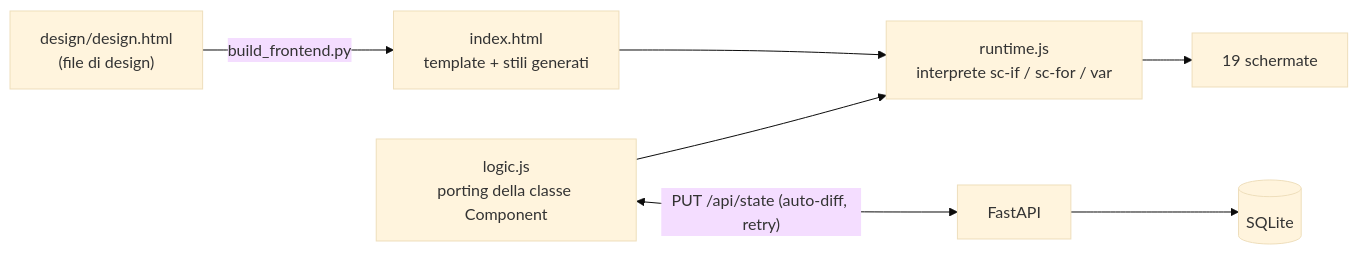
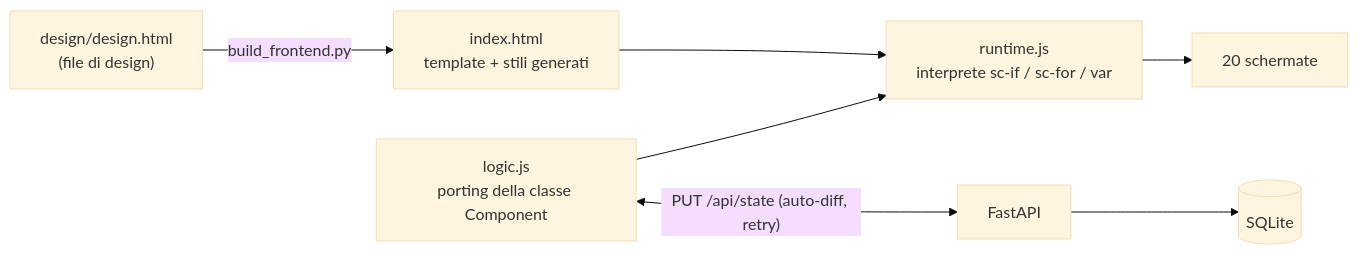
One commit to It-Energy-Ai/Logistica_Gas_Natural_Up_Stream changed the diagram in README.md. Above: the diagram before and after it, drawn with Mermaid (base theme). The commit also changed other lines of this file and 11 other files, not shown here.

````diff
--- a/README.md
+++ b/README.md
@@ -78,9 +78,9 @@
 ```mermaid
 flowchart LR
     D["design/design.html<br>(file di design)"] -->|build_frontend.py| T["index.html<br>template + stili generati"]
     T --> R["runtime.js<br>interprete sc-if / sc-for / var"]
     L["logic.js<br>porting della classe Component"] --> R
-    R --> UI["19 schermate"]
+    R --> UI["20 schermate"]
     L <-->|"PUT /api/state (auto-diff, retry)"| B["FastAPI"]
     B --> DB[("SQLite")]
 ```
````
